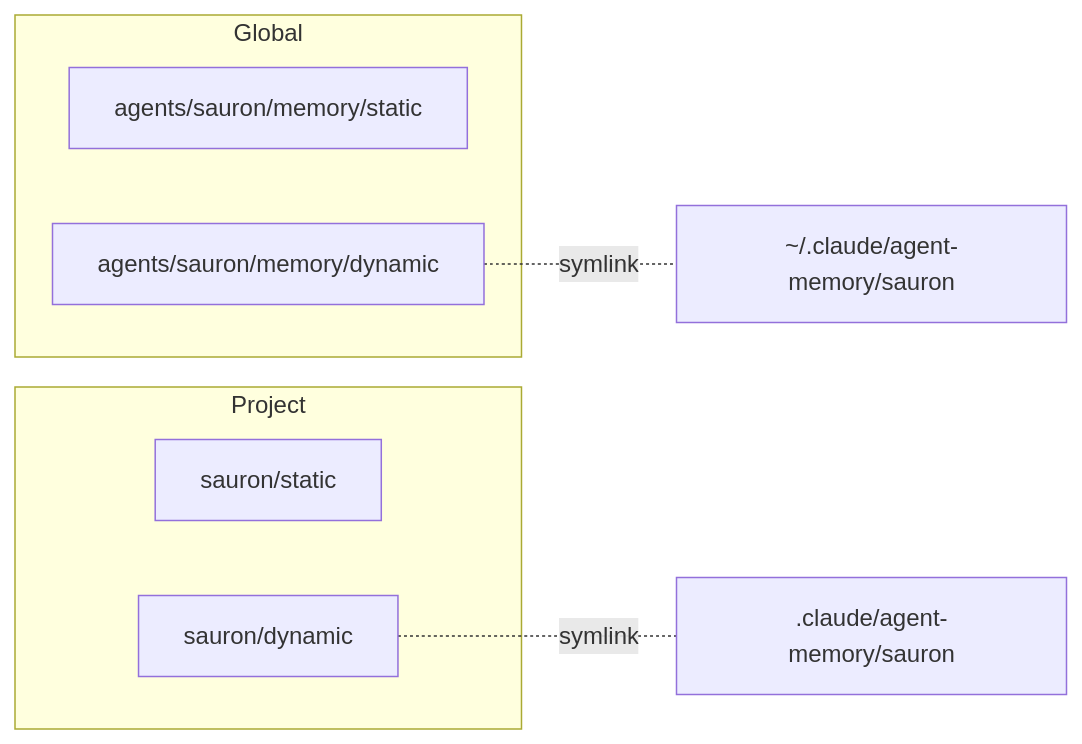
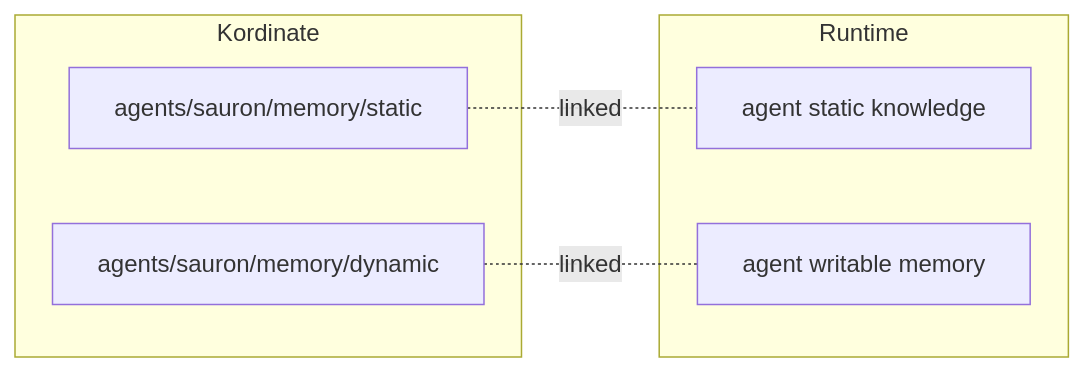
Before and after one commit to Kord96/kordinate: the diagram in docs/reference/linking.md, drawn with Mermaid. The commit also changed other lines of this file and 1 other file, not shown here.

First line of the commit message:
Rewrite linking: abstract concept first, Claude Code details below [scribe]

````diff
--- a/docs/reference/linking.md
+++ b/docs/reference/linking.md
@@ -49,15 +21,15 @@
 ```mermaid
 flowchart LR
-    subgraph global[Global]
-        GS[agents/sauron/memory/static]
-        GD[agents/sauron/memory/dynamic]
+    subgraph kordinate[Kordinate]
+        KS[agents/sauron/memory/static]
+        KD[agents/sauron/memory/dynamic]
     end
 
-    subgraph project[Project]
-        PS[sauron/static]
-        PD[sauron/dynamic]
+    subgraph runtime[Runtime]
+        RS[agent static knowledge]
+        RD[agent writable memory]
     end
 
-    GD -.-|symlink| GAM["~/.claude/agent-memory/sauron"]
-    PD -.-|symlink| PAM[".claude/agent-memory/sauron"]
+    KS -.-|linked| RS
+    KD -.-|linked| RD
 ```
````
